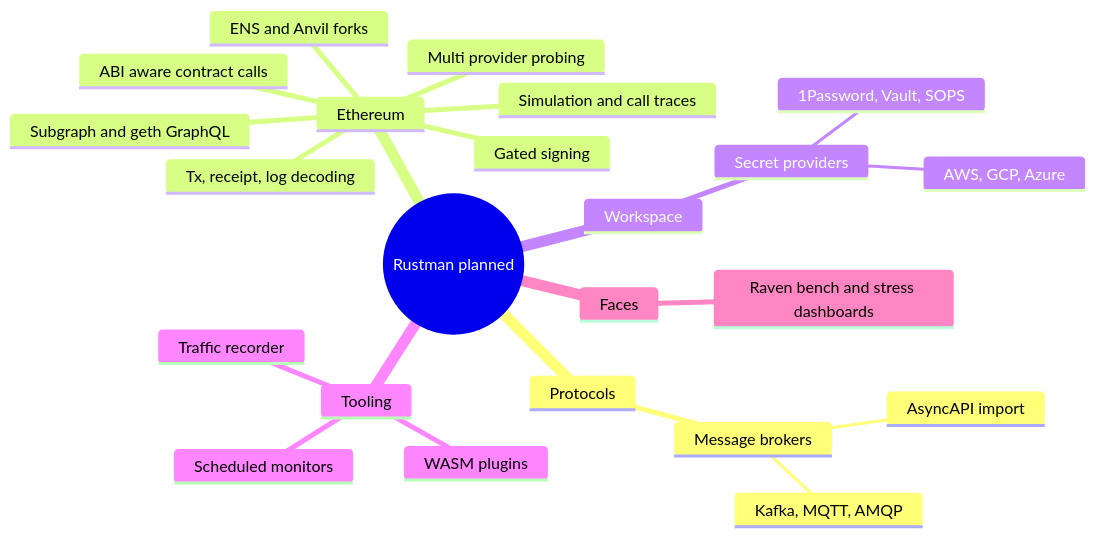
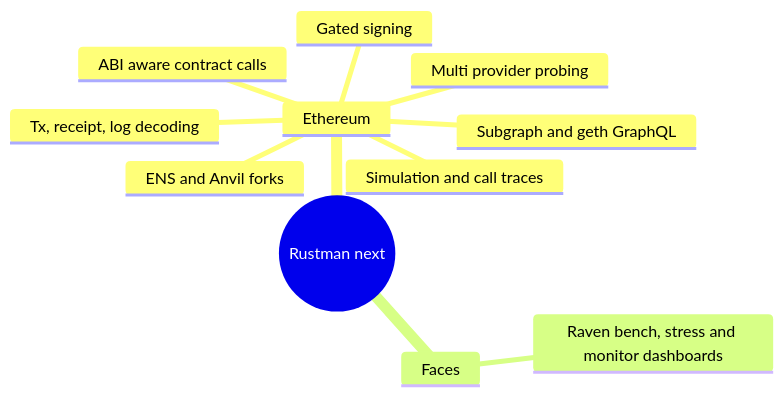
Before and after one commit to CyberdyneCorp/rustman: the second of 3 diagrams in README.md, drawn with Mermaid. The commit also changed other lines of this file and 15 other files, not shown here.

First line of the commit message:
README and roadmap: v0.7 done, EVM toolkit in progress

````diff
--- a/README.md
+++ b/README.md
@@ -133,26 +142,14 @@
 ```mermaid
 mindmap
-  root((Rustman planned))
-    Protocols
-      Message brokers
-        Kafka, MQTT, AMQP
-        AsyncAPI import
+  root((Rustman next))
     Ethereum
       ABI aware contract calls
       Tx, receipt, log decoding
       Simulation and call traces
       ENS and Anvil forks
       Gated signing
       Multi provider probing
       Subgraph and geth GraphQL
-    Workspace
-      Secret providers
-        1Password, Vault, SOPS
-        AWS, GCP, Azure
-    Tooling
-      Traffic recorder
-      Scheduled monitors
-      WASM plugins
     Faces
-      Raven bench and stress dashboards
+      Raven bench, stress and monitor dashboards
 ```
````
